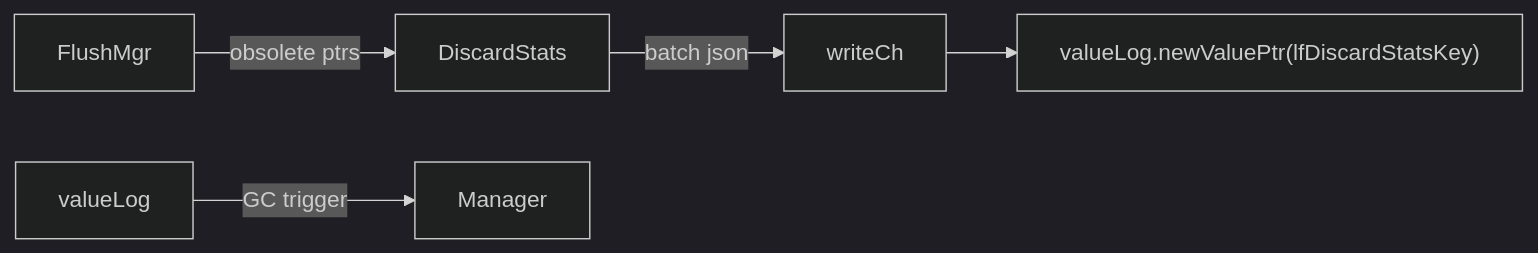
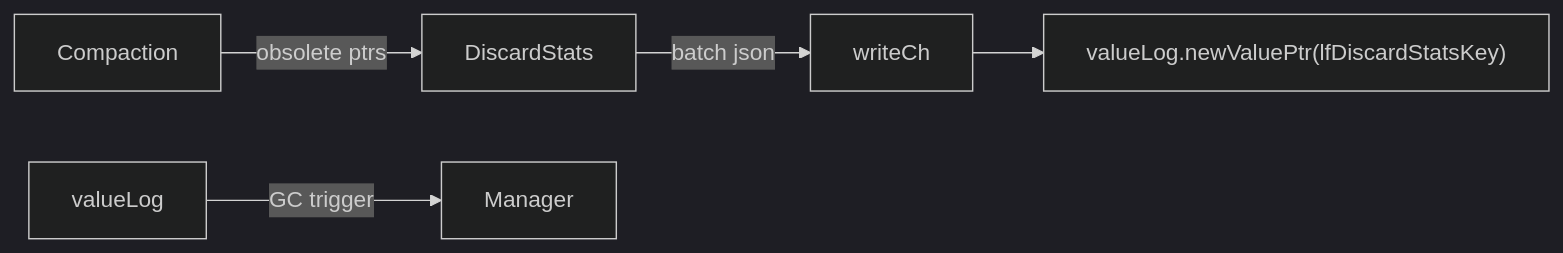
The second of 2 diagrams in docs/vlog.md (feichai0017/NoKV), drawn with Mermaid (dark theme) before and after one commit. The commit also changed other lines of this file and 7 other files, not shown here.

````diff
--- a/docs/vlog.md
+++ b/docs/vlog.md
@@ -117,9 +117,9 @@
 ```mermaid
 flowchart LR
-  FlushMgr -- "obsolete ptrs" --> DiscardStats
+  Compaction -- "obsolete ptrs" --> DiscardStats
   DiscardStats -->|"batch json"| writeCh
   valuePtr["valueLog.newValuePtr(lfDiscardStatsKey)"]
   writeCh --> valuePtr
   valueLog -- "GC trigger" --> Manager
 
 ```
````
